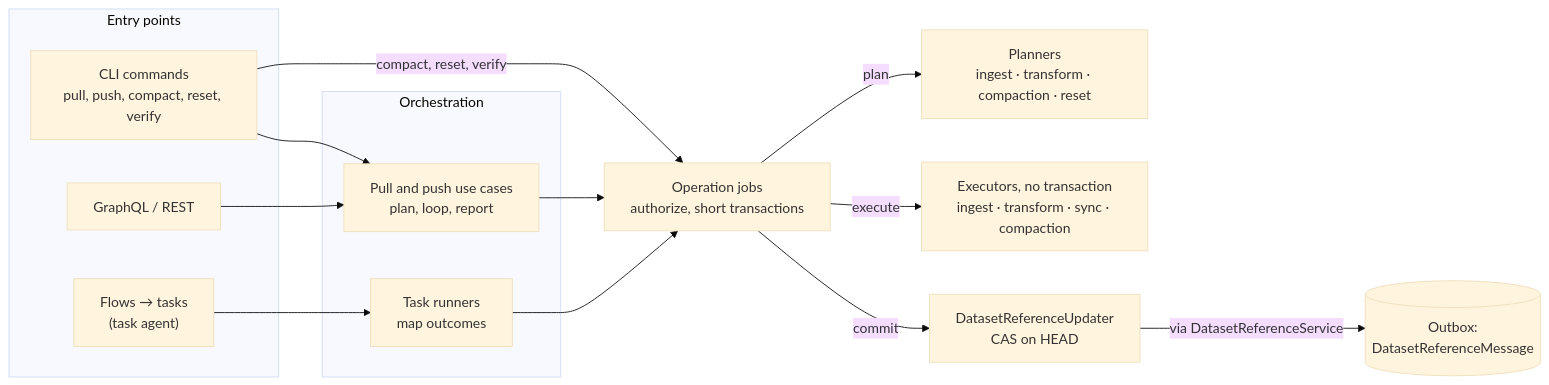
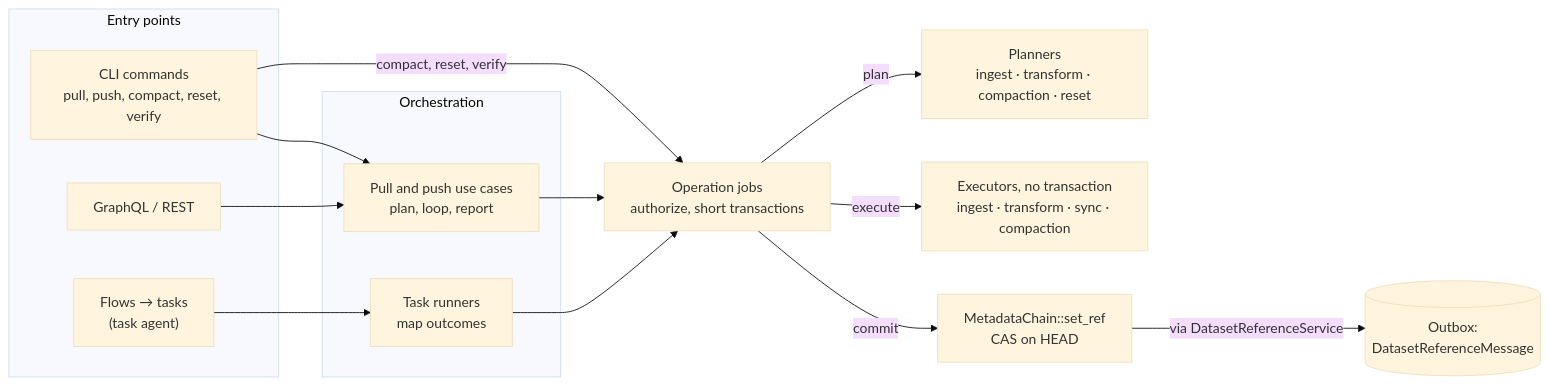
Before and after one commit to kamu-data/kamu-cli: the first of 3 diagrams in docs/internal/dataset-operations.md, drawn with Mermaid (base theme). The commit also changed other lines of this file and 71 other files, not shown here.

Commit message:
Reference writes go through MetadataChain::set_ref

````diff
--- a/docs/internal/dataset-operations.md
+++ b/docs/internal/dataset-operations.md
@@ -40,30 +40,30 @@
 ```mermaid
 flowchart LR
     subgraph Entry["Entry points"]
         CLI["CLI commands<br/>pull, push, compact, reset, verify"]
         GQL["GraphQL / REST"]
         FLOW["Flows → tasks<br/>(task agent)"]
     end
 
     subgraph Orchestration
         UC["Pull and push use cases<br/>plan, loop, report"]
         RUN["Task runners<br/>map outcomes"]
     end
 
     JOBS["Operation jobs<br/>authorize, short transactions"]
     PLAN["Planners<br/>ingest · transform · compaction · reset"]
     EXEC["Executors, no transaction<br/>ingest · transform · sync · compaction"]
-    COMMIT["DatasetReferenceUpdater<br/>CAS on HEAD"]
+    COMMIT["MetadataChain::set_ref<br/>CAS on HEAD"]
     OUTBOX[("Outbox:<br/>DatasetReferenceMessage")]
 
     CLI --> UC
     CLI -- "compact, reset, verify" --> JOBS
     GQL --> UC
     FLOW --> RUN
     UC --> JOBS
     RUN --> JOBS
     JOBS -- plan --> PLAN
     JOBS -- execute --> EXEC
     JOBS -- commit --> COMMIT
     COMMIT -- "via DatasetReferenceService" --> OUTBOX
 ```
````
